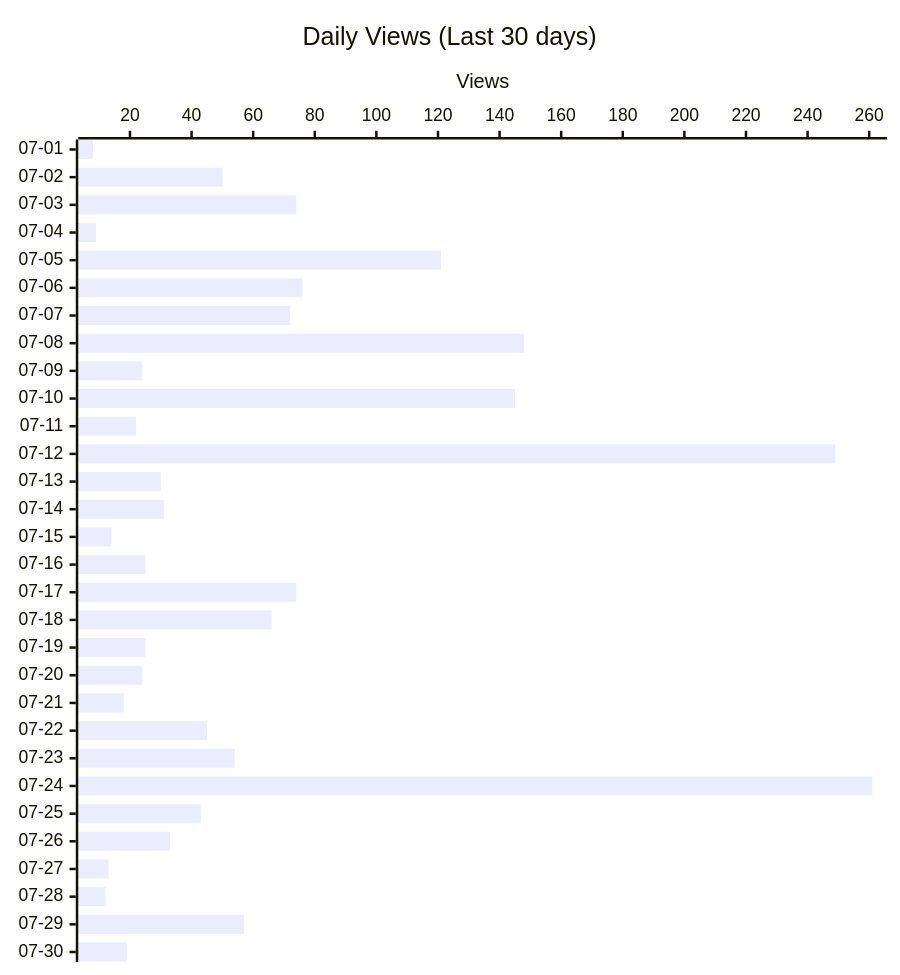
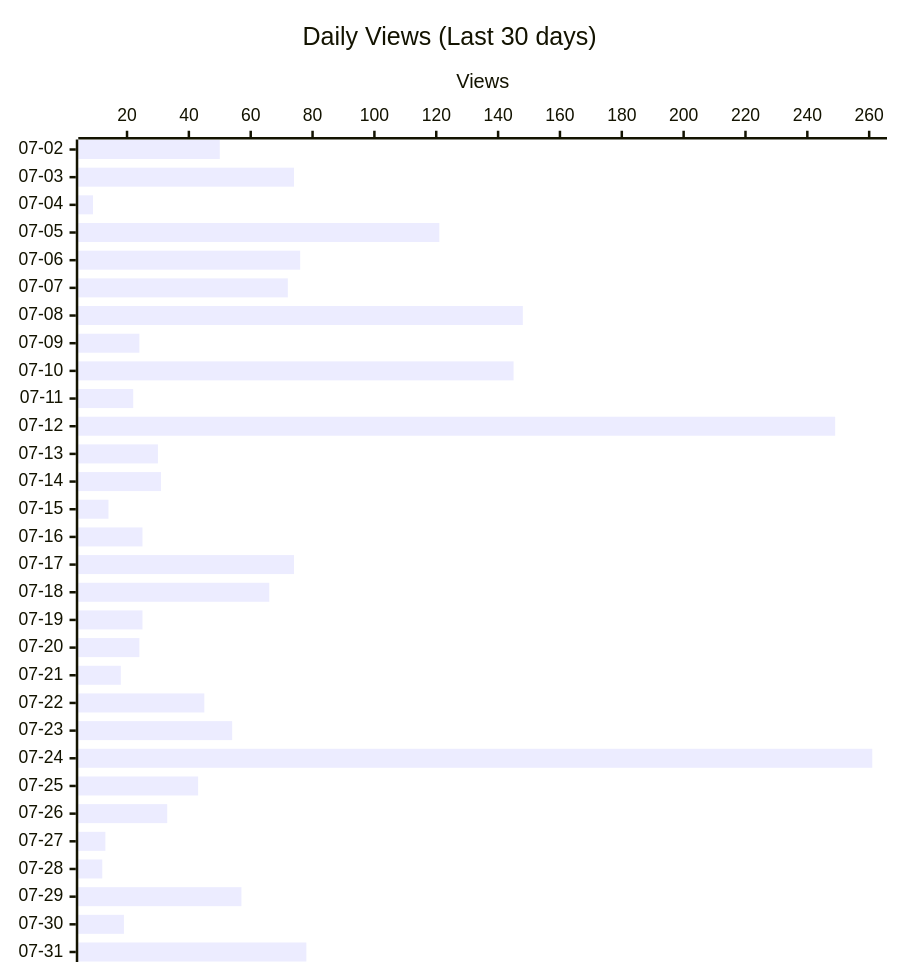
One commit to shigechika/github-insights changed the second of 4 diagrams in README.md. Above: the diagram before and after it, drawn with Mermaid. The commit also changed other lines of this file and 2 other files, not shown here.

````diff
--- a/README.md
+++ b/README.md
@@ -28,12 +28,12 @@
 ```mermaid
 ---
 config:
   xyChart:
     height: 760
 ---
 xychart-beta horizontal
     title "Daily Views (Last 30 days)"
-    x-axis ["07-01", "07-02", "07-03", "07-04", "07-05", "07-06", "07-07", "07-08", "07-09", "07-10", "07-11", "07-12", "07-13", "07-14", "07-15", "07-16", "07-17", "07-18", "07-19", "07-20", "07-21", "07-22", "07-23", "07-24", "07-25", "07-26", "07-27", "07-28", "07-29", "07-30"]
+    x-axis ["07-02", "07-03", "07-04", "07-05", "07-06", "07-07", "07-08", "07-09", "07-10", "07-11", "07-12", "07-13", "07-14", "07-15", "07-16", "07-17", "07-18", "07-19", "07-20", "07-21", "07-22", "07-23", "07-24", "07-25", "07-26", "07-27", "07-28", "07-29", "07-30", "07-31"]
     y-axis "Views"
-    bar [8, 50, 74, 9, 121, 76, 72, 148, 24, 145, 22, 249, 30, 31, 14, 25, 74, 66, 25, 24, 18, 45, 54, 261, 43, 33, 13, 12, 57, 19]
+    bar [50, 74, 9, 121, 76, 72, 148, 24, 145, 22, 249, 30, 31, 14, 25, 74, 66, 25, 24, 18, 45, 54, 261, 43, 33, 13, 12, 57, 19, 78]
 ```
````
